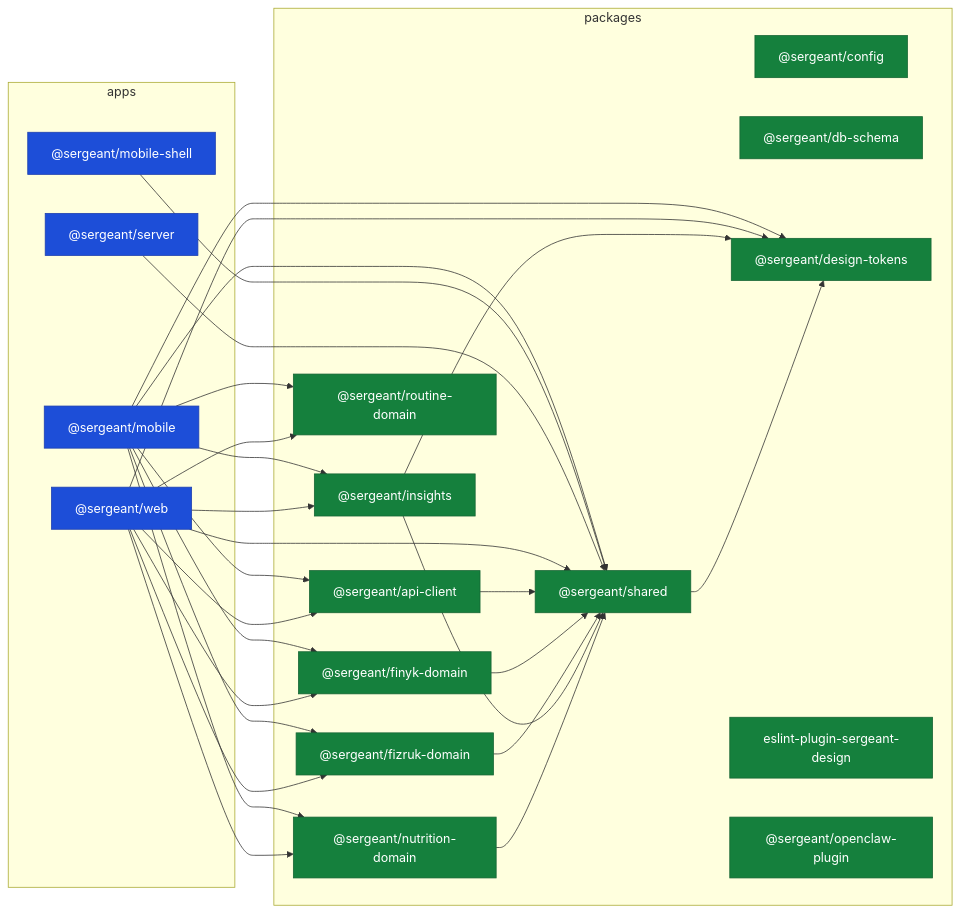
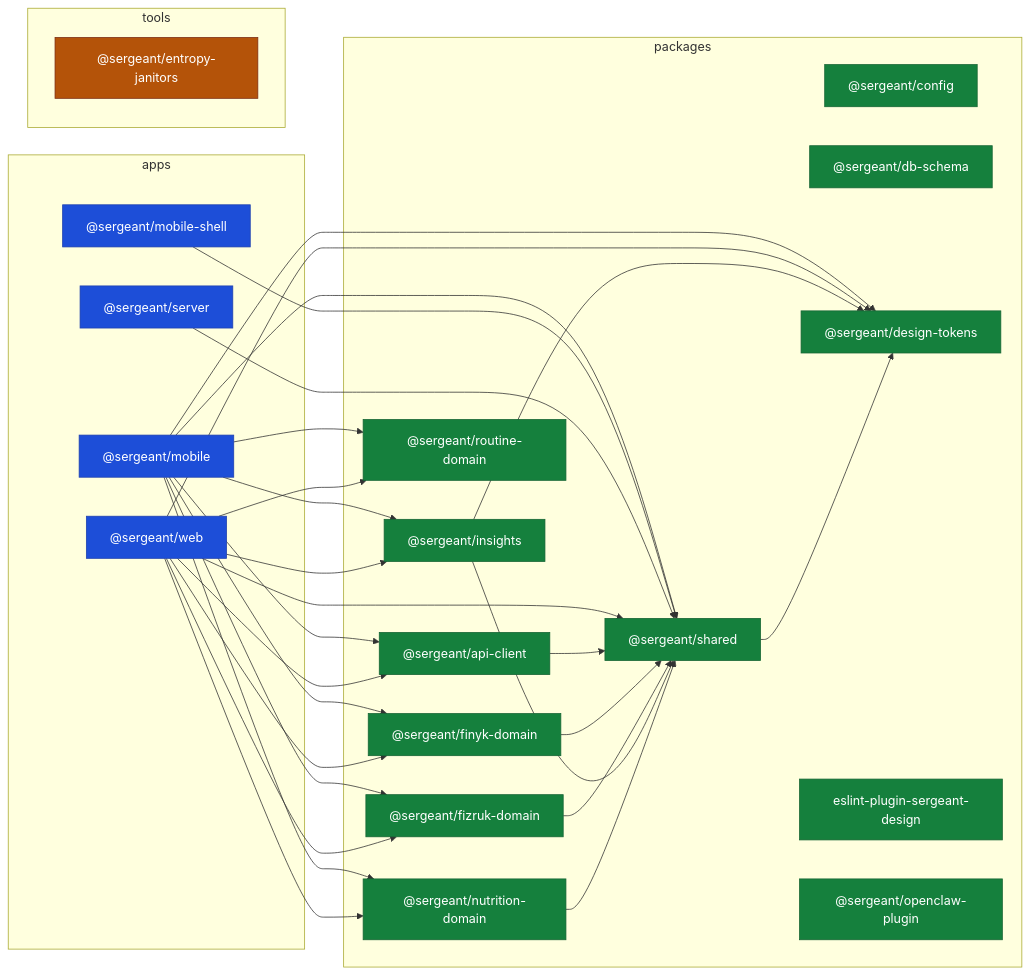
Before and after one commit to SkOrDs-02/sergeant: the diagram in docs/02-engineering/architecture/diagrams/c3-workspaces.md, drawn with Mermaid. The commit also changed other lines of this file and 8 other files, not shown here.

First line of the commit message:
docs(docs): regenerate knowledge graph after tech-debt doc changes

````diff
--- a/docs/02-engineering/architecture/diagrams/c3-workspaces.md
+++ b/docs/02-engineering/architecture/diagrams/c3-workspaces.md
@@ -14,54 +14,58 @@
 ```mermaid
 flowchart LR
     subgraph apps["apps"]
         apps_mobile["@sergeant/mobile"]
         apps_mobile_shell["@sergeant/mobile-shell"]
         apps_server["@sergeant/server"]
         apps_web["@sergeant/web"]
+    end
+    subgraph tools["tools"]
+        tools_entropy_janitors["@sergeant/entropy-janitors"]
     end
     subgraph packages["packages"]
         packages_api_client["@sergeant/api-client"]
         packages_config["@sergeant/config"]
         packages_db_schema["@sergeant/db-schema"]
         packages_design_tokens["@sergeant/design-tokens"]
         packages_eslint_plugin_sergeant_design["eslint-plugin-sergeant-design"]
         packages_finyk_domain["@sergeant/finyk-domain"]
         packages_fizruk_domain["@sergeant/fizruk-domain"]
         packages_insights["@sergeant/insights"]
         packages_nutrition_domain["@sergeant/nutrition-domain"]
         packages_openclaw_plugin["@sergeant/openclaw-plugin"]
         packages_routine_domain["@sergeant/routine-domain"]
         packages_shared["@sergeant/shared"]
     end
     apps_mobile --> packages_api_client
     apps_mobile --> packages_design_tokens
     apps_mobile --> packages_finyk_domain
     apps_mobile --> packages_fizruk_domain
     apps_mobile --> packages_insights
     apps_mobile --> packages_nutrition_domain
     apps_mobile --> packages_routine_domain
     apps_mobile --> packages_shared
     apps_mobile_shell --> packages_shared
     apps_server --> packages_shared
     apps_web --> packages_api_client
     apps_web --> packages_design_tokens
     apps_web --> packages_finyk_domain
     apps_web --> packages_fizruk_domain
     apps_web --> packages_insights
     apps_web --> packages_nutrition_domain
     apps_web --> packages_routine_domain
     apps_web --> packages_shared
     packages_api_client --> packages_shared
     packages_finyk_domain --> packages_shared
     packages_fizruk_domain --> packages_shared
     packages_insights --> packages_design_tokens
     packages_insights --> packages_shared
     packages_nutrition_domain --> packages_shared
     packages_shared --> packages_design_tokens
 
     classDef app fill:#1d4ed8,stroke:#1e40af,color:#fff
     classDef tool fill:#b45309,stroke:#7c2d12,color:#fff
     classDef package fill:#15803d,stroke:#166534,color:#fff
     class apps_mobile,apps_mobile_shell,apps_server,apps_web app
+    class tools_entropy_janitors tool
     class packages_api_client,packages_config,packages_db_schema,packages_design_tokens,packages_eslint_plugin_sergeant_design,packages_finyk_domain,packages_fizruk_domain,packages_insights,packages_nutrition_domain,packages_openclaw_plugin,packages_routine_domain,packages_shared package
 ```
````
